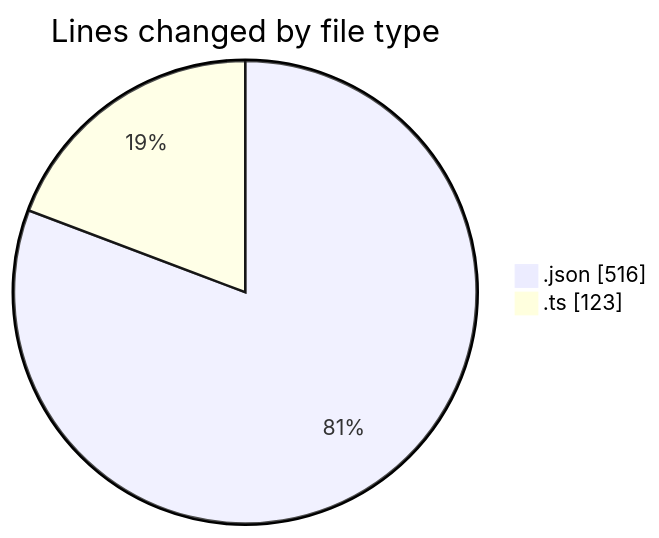
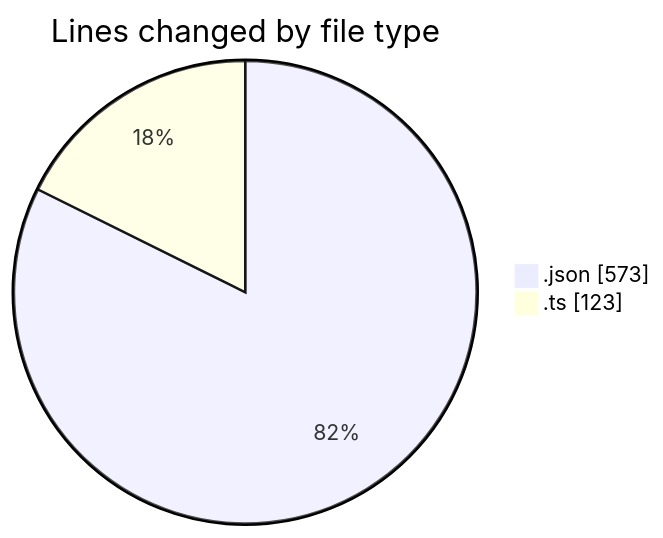
One commit to EIIisD/code-tracking changed the first of 2 diagrams in 2025-07-26/vtuber/README.md. Above: the diagram before and after it, drawn with Mermaid. The commit also changed other lines of this file and 1 other file, not shown here.

````diff
--- a/2025-07-26/vtuber/README.md
+++ b/2025-07-26/vtuber/README.md
@@ -21,6 +22,6 @@
 ```mermaid
 pie showData
 title Lines changed by file type
-".json" : 516
+".json" : 573
 ".ts" : 123
 ```
````
